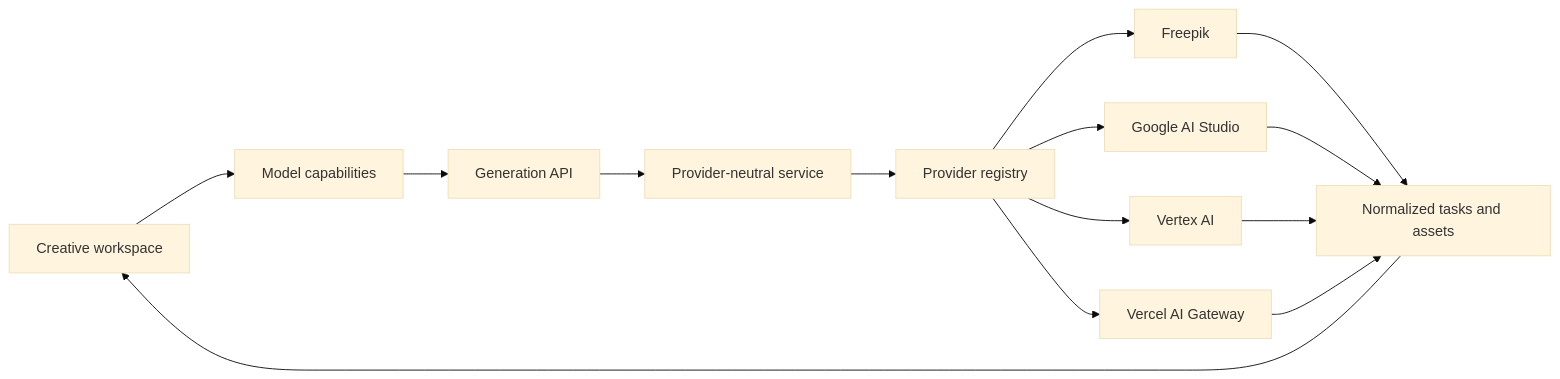
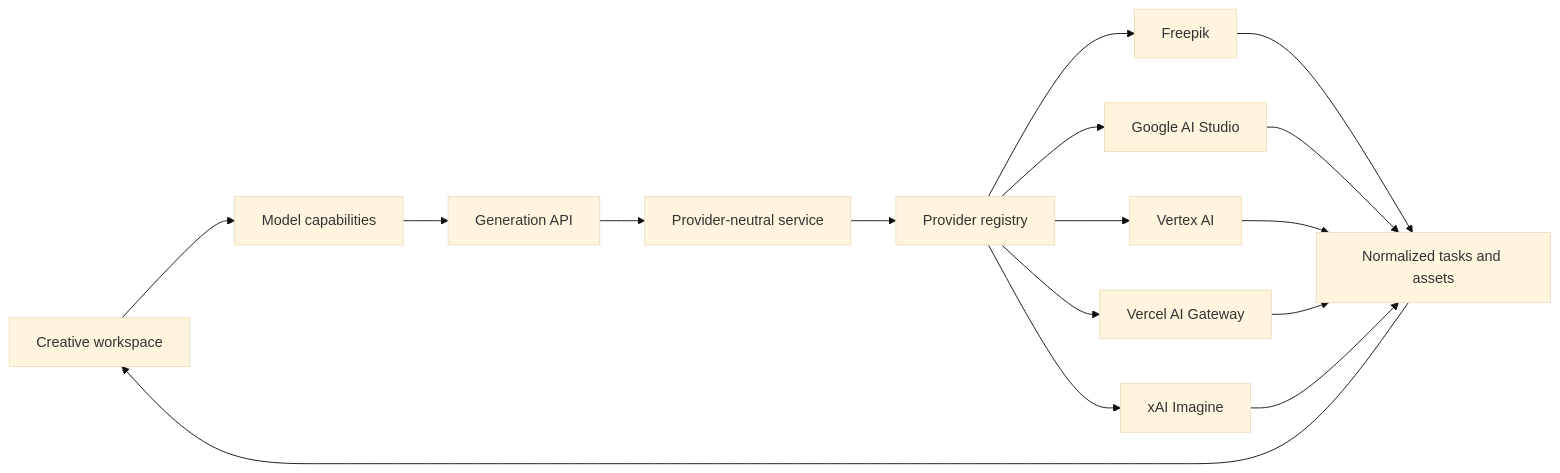
Before and after one commit to Guntok90/open-higgsfield: the diagram in README.md, drawn with Mermaid (base theme). The commit also changed other lines of this file and 15 other files, not shown here.

````diff
--- a/README.md
+++ b/README.md
@@ -105,16 +107,18 @@
 ```mermaid
 flowchart LR
     U[Creative workspace] --> C[Model capabilities]
     C --> A[Generation API]
     A --> S[Provider-neutral service]
     S --> R[Provider registry]
     R --> F[Freepik]
     R --> G[Google AI Studio]
     R --> V[Vertex AI]
     R --> W[Vercel AI Gateway]
+    R --> X[xAI Imagine]
     F --> T[Normalized tasks and assets]
     G --> T
     V --> T
     W --> T
+    X --> T
     T --> U
 ```
````
